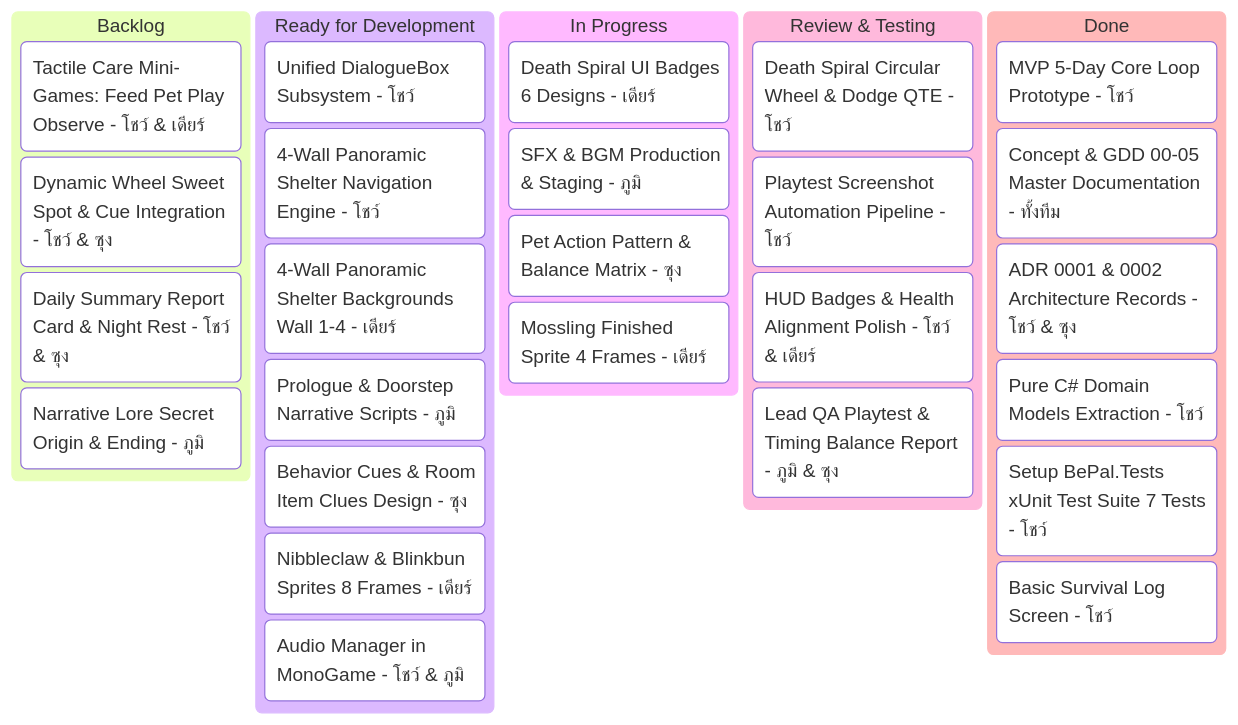
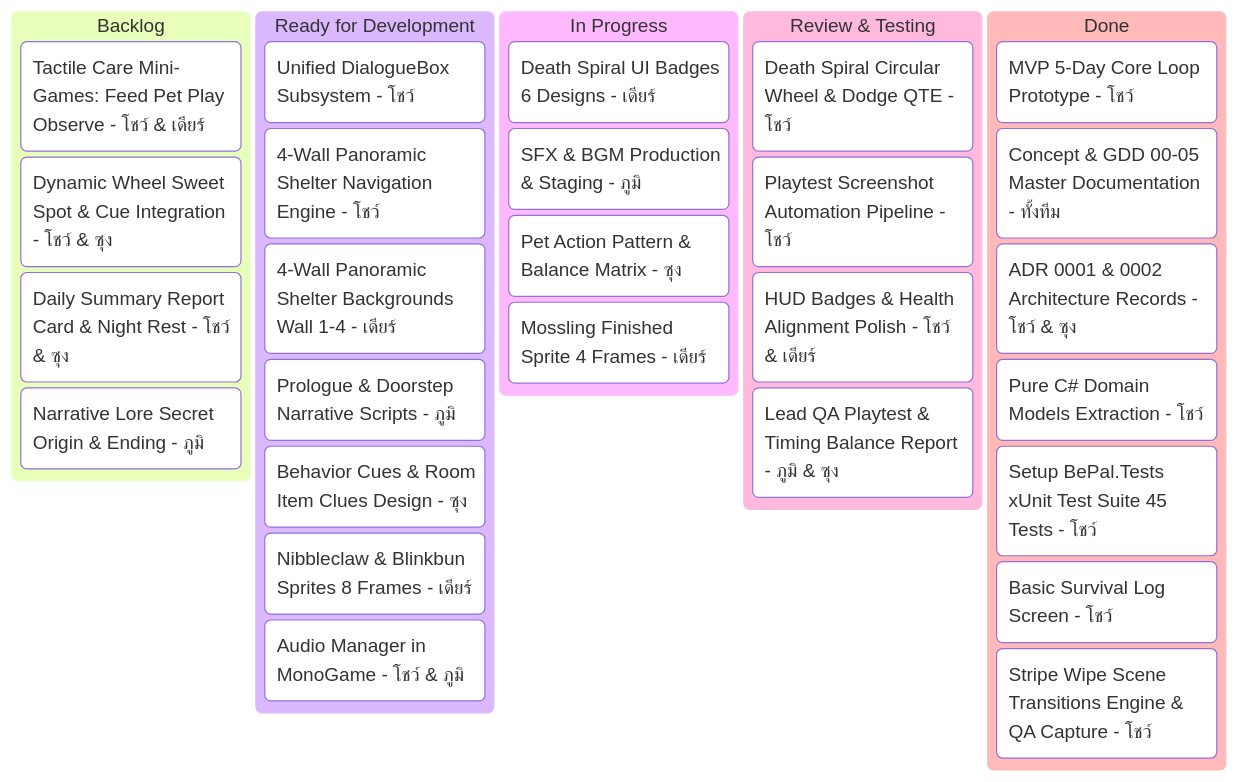
Before and after one commit to SShoww/Your-Story: the second of 2 diagrams in BEPAL/Docs/Agile/03-kanban-board.md, drawn with Mermaid. The commit also changed other lines of this file and 3 other files, not shown here.

First line of the commit message:
docs(bepal): update AGENTS.md, class diagram, kanban board, and handoff for scene transitions

````diff
--- a/BEPAL/Docs/Agile/03-kanban-board.md
+++ b/BEPAL/Docs/Agile/03-kanban-board.md
@@ -56,33 +56,34 @@
 ```mermaid
 kanban
   Backlog
     [Tactile Care Mini-Games: Feed Pet Play Observe - โชว์ & เดียร์]
     [Dynamic Wheel Sweet Spot & Cue Integration - โชว์ & ซุง]
     [Daily Summary Report Card & Night Rest - โชว์ & ซุง]
     [Narrative Lore Secret Origin & Ending - ภูมิ]
   Ready for Development
     [Unified DialogueBox Subsystem - โชว์]
     [4-Wall Panoramic Shelter Navigation Engine - โชว์]
     [4-Wall Panoramic Shelter Backgrounds Wall 1-4 - เดียร์]
     [Prologue & Doorstep Narrative Scripts - ภูมิ]
     [Behavior Cues & Room Item Clues Design - ซุง]
     [Nibbleclaw & Blinkbun Sprites 8 Frames - เดียร์]
     [Audio Manager in MonoGame - โชว์ & ภูมิ]
   In Progress
     [Death Spiral UI Badges 6 Designs - เดียร์]
     [SFX & BGM Production & Staging - ภูมิ]
     [Pet Action Pattern & Balance Matrix - ซุง]
     [Mossling Finished Sprite 4 Frames - เดียร์]
   Review & Testing
     [Death Spiral Circular Wheel & Dodge QTE - โชว์]
     [Playtest Screenshot Automation Pipeline - โชว์]
     [HUD Badges & Health Alignment Polish - โชว์ & เดียร์]
     [Lead QA Playtest & Timing Balance Report - ภูมิ & ซุง]
   Done
     [MVP 5-Day Core Loop Prototype - โชว์]
     [Concept & GDD 00-05 Master Documentation - ทั้งทีม]
     [ADR 0001 & 0002 Architecture Records - โชว์ & ซุง]
     [Pure C# Domain Models Extraction - โชว์]
-    [Setup BePal.Tests xUnit Test Suite 7 Tests - โชว์]
+    [Setup BePal.Tests xUnit Test Suite 45 Tests - โชว์]
     [Basic Survival Log Screen - โชว์]
+    [Stripe Wipe Scene Transitions Engine & QA Capture - โชว์]
 ```
````
